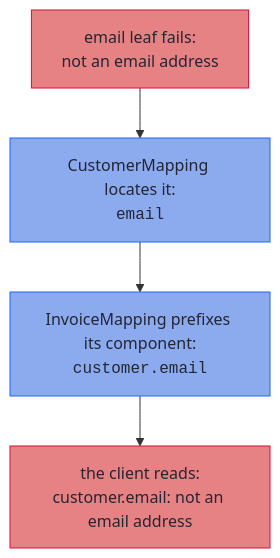
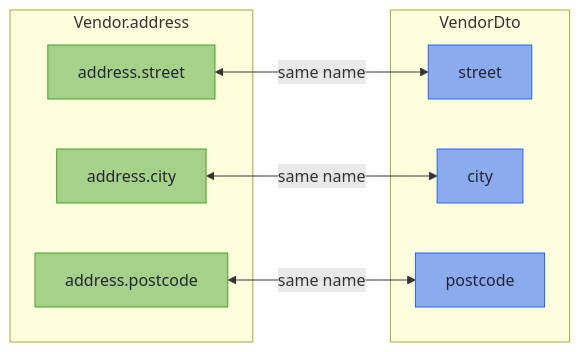
Before and after one commit to higher-kinded-j/higher-kinded-j: the second of 3 diagrams in hkj-book/src/mapping/structure.md, drawn with Mermaid. The commit also changed other lines of this file and 11 other files, not shown here.

````diff
--- a/hkj-book/src/mapping/structure.md
+++ b/hkj-book/src/mapping/structure.md
@@ -53,12 +218,23 @@
 ```mermaid
-flowchart TD
-    L["email leaf fails:<br/>not an email address"] --> C["CustomerMapping locates it:<br/><code>email</code>"]
-    C --> I["InvoiceMapping prefixes its component:<br/><code>customer.email</code>"]
-    I --> R["the client reads:<br/>customer.email: not an email address"]
+flowchart LR
+    accTitle: A flattened address
+    accDescr: Each member of the domain's Address record, address.street, address.city and address.postcode, pairs by name with the flat VendorDto field of the same name.
+    subgraph D["Vendor.address"]
+        AS["address.street"]
+        AC["address.city"]
+        AP["address.postcode"]
+    end
+    subgraph W["VendorDto"]
+        S["street"]
+        C["city"]
+        P["postcode"]
+    end
+    AS <-->|same name| S
+    AC <-->|same name| C
+    AP <-->|same name| P
 
-    classDef error fill:#e78284,stroke:#d20f39,color:#232634
+    classDef domain fill:#a6d189,stroke:#40a02b,color:#232634
     classDef wire fill:#8caaee,stroke:#1e66f5,color:#232634
-    class L error
-    class C,I wire
-    class R error
+    class AS,AC,AP domain
+    class S,C,P wire
 ```
````
